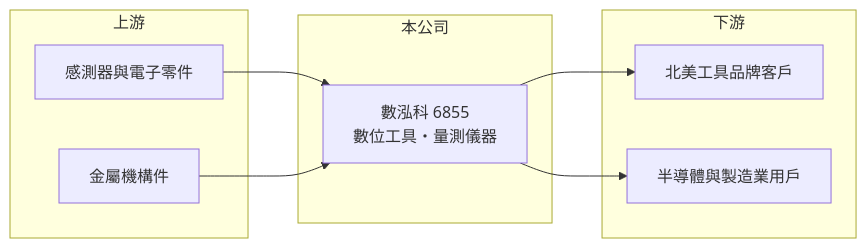
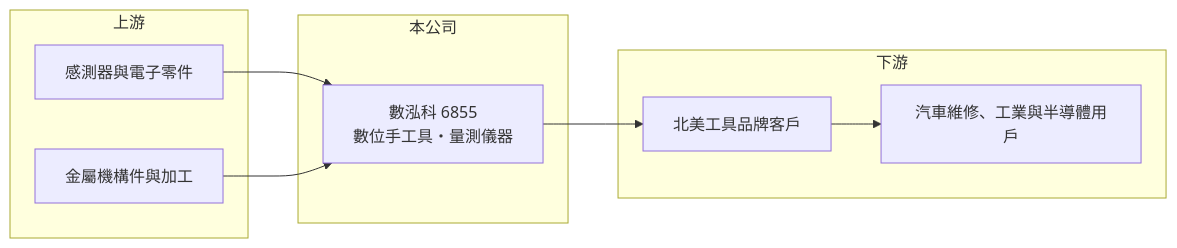
The second of 2 diagrams in 個股/台股/6855數泓科.md (wangnick1004/taiwan-stock-vault), drawn with Mermaid before and after one commit. The commit also changed other lines of this file and 142 other files, not shown here.

````diff
--- a/個股/台股/6855數泓科.md
+++ b/個股/台股/6855數泓科.md
@@ -93,18 +101,18 @@
 ```mermaid
 flowchart LR
     subgraph 上游
         A1["感測器與電子零件"]
-        A2["金屬機構件"]
+        A2["金屬機構件與加工"]
     end
     subgraph 本公司
-        B["數泓科 6855<br/>數位工具・量測儀器"]
+        B["數泓科 6855<br/>數位手工具・量測儀器"]
     end
     subgraph 下游
         C1["北美工具品牌客戶"]
-        C2["半導體與製造業用戶"]
+        C2["汽車維修、工業與半導體用戶"]
     end
     A1 --> B
     A2 --> B
     B --> C1
-    B --> C2
+    C1 --> C2
 ```
````
